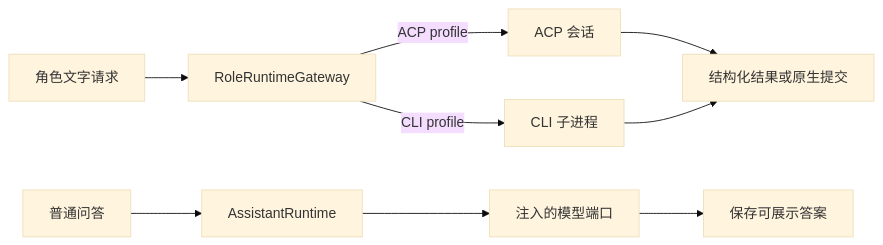
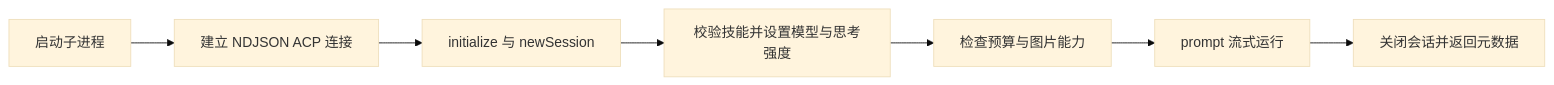
Before and after one commit to lejunyang/omem: the diagram in .repo-review/knowledge/articles/f8da03813c756ea9ba7c66980a3595085142586aae031e5046704333ce5b6cfc.md, drawn with Mermaid (base theme). The commit also changed other lines of this file and 9 other files, not shown here.

````diff
--- a/.repo-review/knowledge/articles/f8da03813c756ea9ba7c66980a3595085142586aae031e5046704333ce5b6cfc.md
+++ b/.repo-review/knowledge/articles/f8da03813c756ea9ba7c66980a3595085142586aae031e5046704333ce5b6cfc.md
@@ -14,11 +19,9 @@
 ```mermaid
 flowchart LR
-  A[角色文字请求] --> G[RoleRuntimeGateway]
-  G -->|ACP profile| P[ACP 会话]
-  G -->|CLI profile| C[CLI 子进程]
-  P --> R[结构化结果或原生提交]
-  C --> R
-  Q[普通问答] --> U[AssistantRuntime]
-  U --> M[注入的模型端口]
-  M --> S[保存可展示答案]
+  A[启动子进程] --> B[建立 NDJSON ACP 连接]
+  B --> C[initialize 与 newSession]
+  C --> D[校验技能并设置模型与思考强度]
+  D --> E[检查预算与图片能力]
+  E --> F[prompt 流式运行]
+  F --> G[关闭会话并返回元数据]
 ```
````
